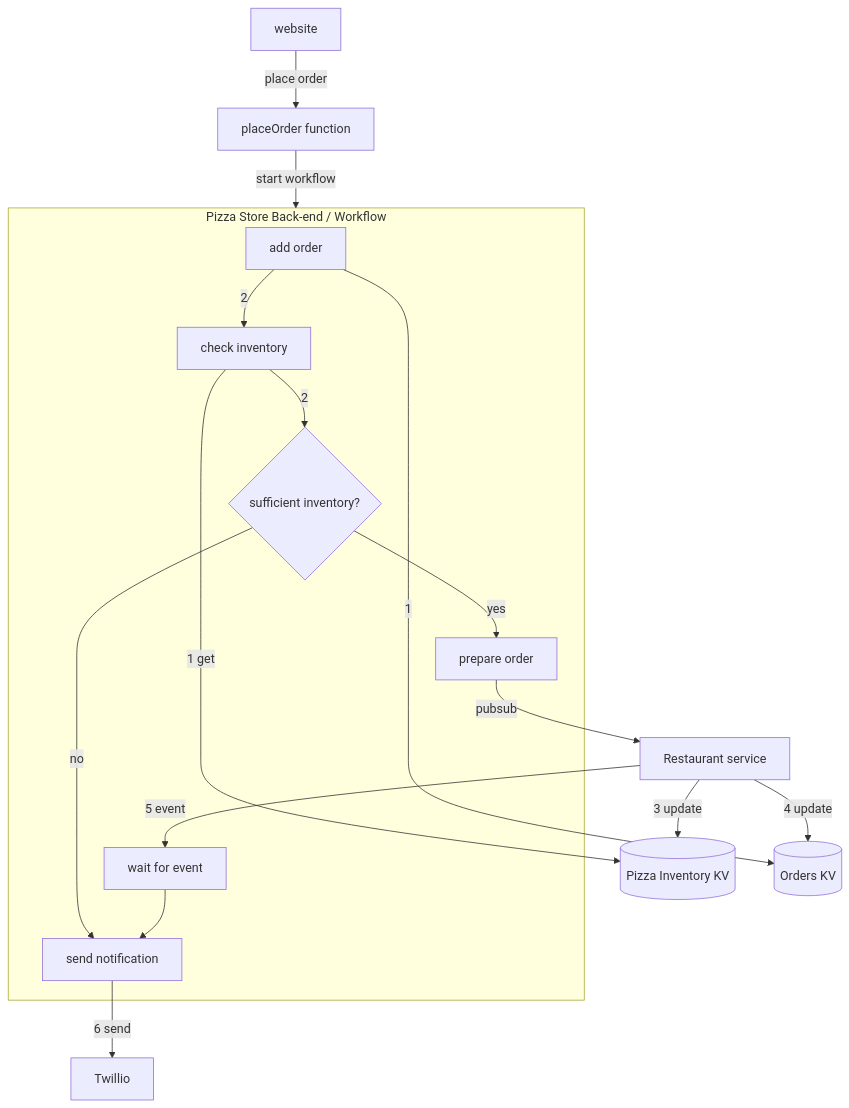
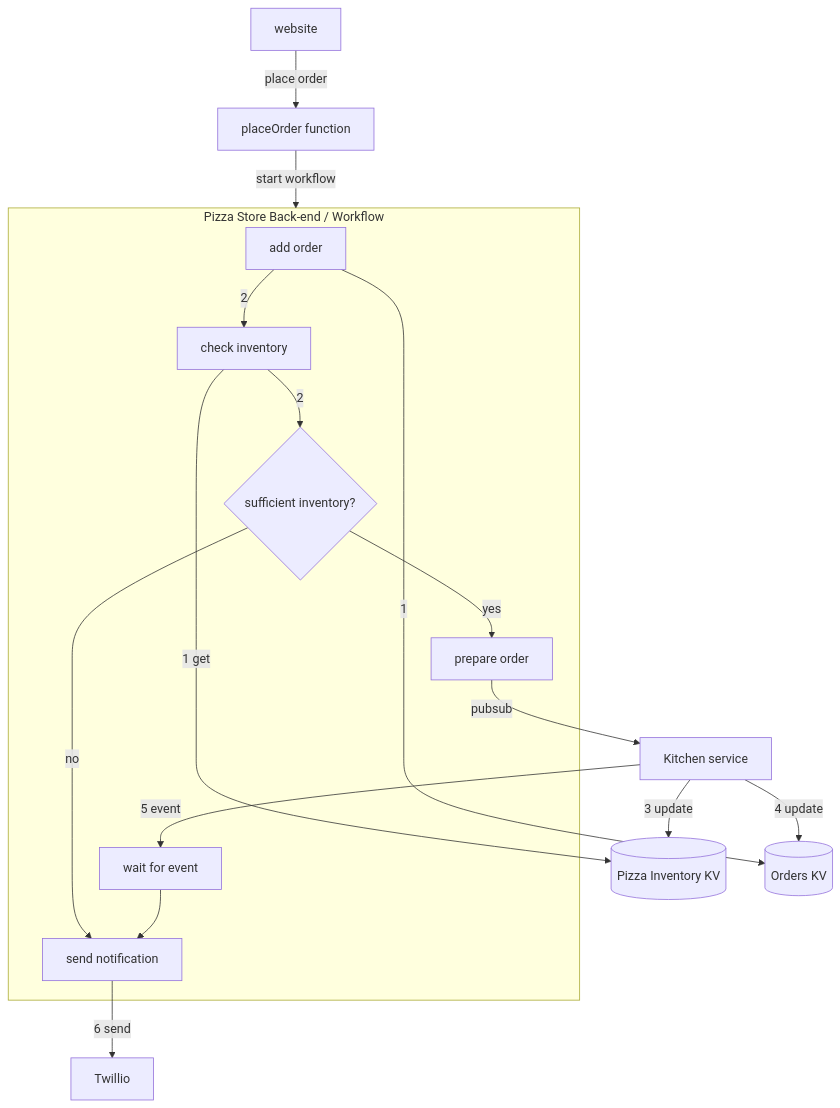
Before and after one commit to diagrid-labs/catalyst-pizza-demo: the diagram in README.md, drawn with Mermaid. The commit also changed 21 other files, not shown here.

Commit message:
Rename to KitchenService

````diff
--- a/README.md
+++ b/README.md
@@ -3,31 +3,31 @@
 ```mermaid
 graph TD
 W[website]
 F[placeOrder function]
 IKV[(Pizza Inventory KV)]
 OKV[(Orders KV)]
-R[Restaurant service]
+R[Kitchen service]
 TW[Twillio]
 W -->|place order| F
 F --> |start workflow|pizza-store
 subgraph pizza-store[Pizza Store Back-end / Workflow]
 	WFAdd[add order]
 	WFA[check inventory]
 	Check{sufficient inventory?}
 	WFB[prepare order]
 	WFC[send notification]
 	WFE[wait for event]
 end
 WFAdd -->|1| OKV
 WFAdd -->|2| WFA
 WFA -->|2| Check 
 Check -->|yes| WFB
 Check -->|no| WFC
 WFA -->|1 get| IKV
 WFE --> WFC
 WFB -->|pubsub| R
 R -->|3 update| IKV
 R -->|4 update| OKV
 R -->|5 event| WFE
 WFC -->|6 send| TW
 ```
````
